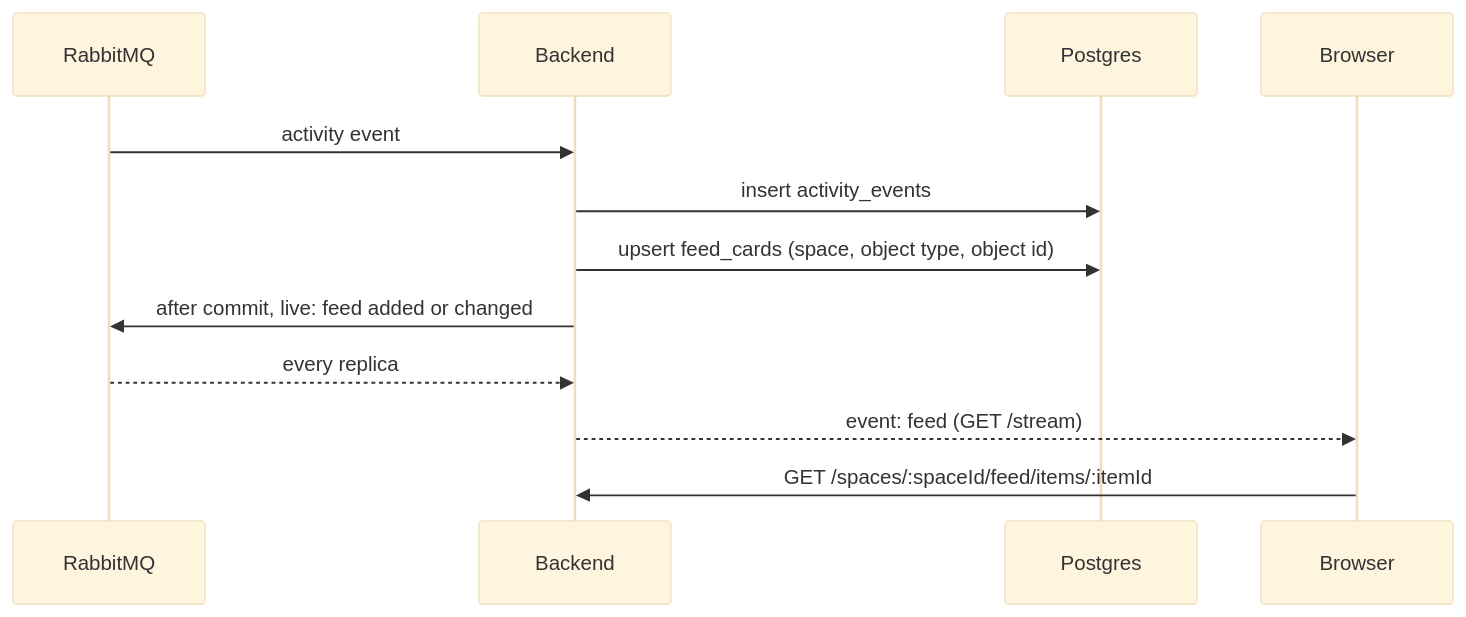
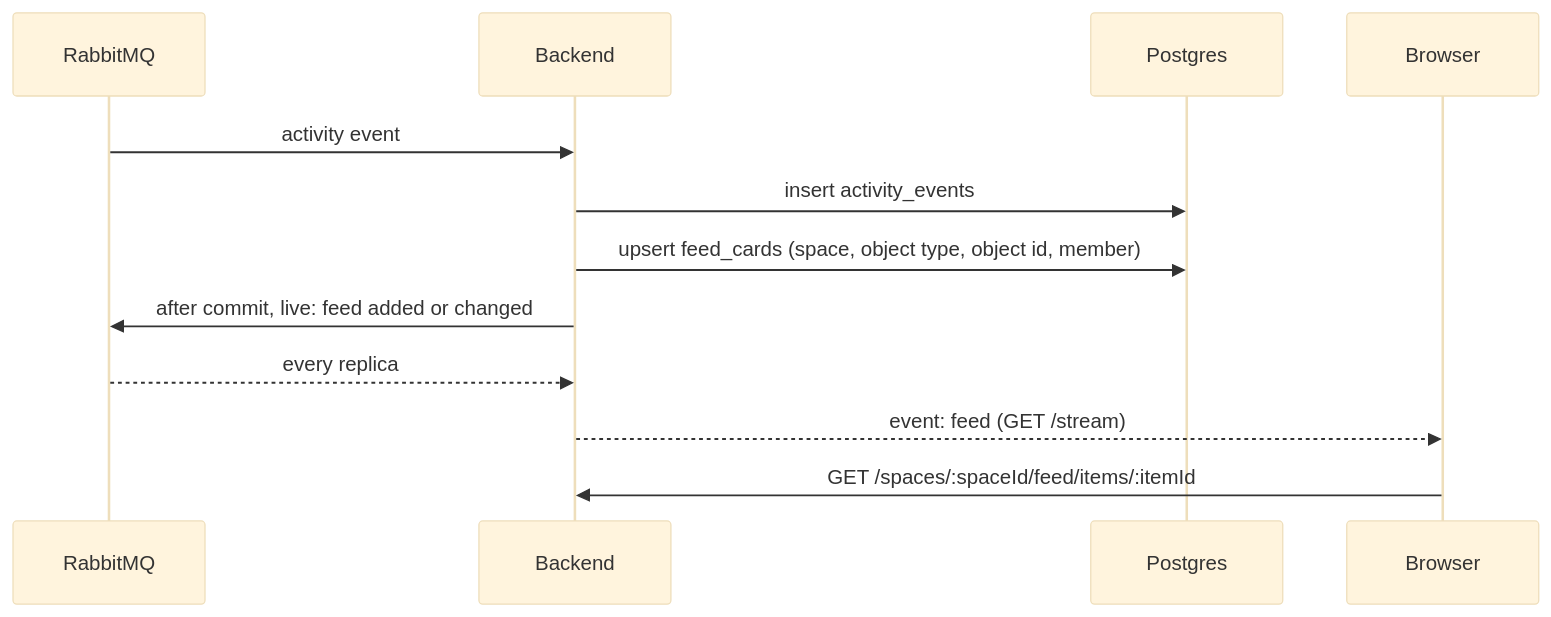
One commit to linagora/twake-space changed the third of 6 diagrams in docs/events.md. Above: the diagram before and after it, drawn with Mermaid (base theme). The commit also changed other lines of this file and 13 other files, not shown here.

````diff
--- a/docs/events.md
+++ b/docs/events.md
@@ -287,14 +287,14 @@
 ```mermaid
 sequenceDiagram
   participant K as RabbitMQ
   participant BE as Backend
   participant PG as Postgres
   participant FE as Browser
   K->>BE: activity event
   BE->>PG: insert activity_events
-  BE->>PG: upsert feed_cards (space, object type, object id)
+  BE->>PG: upsert feed_cards (space, object type, object id, member)
   BE->>K: after commit, live: feed added or changed
   K-->>BE: every replica
   BE-->>FE: event: feed (GET /stream)
   FE->>BE: GET /spaces/:spaceId/feed/items/:itemId
 ```
````
